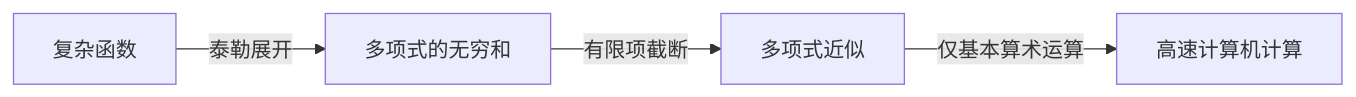
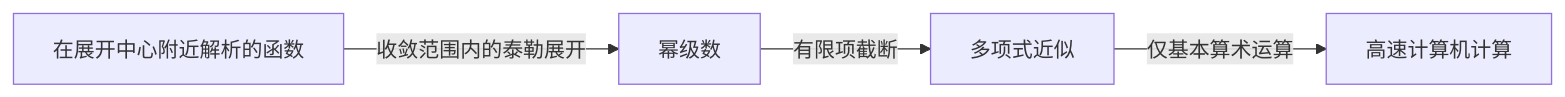
The diagram in content/post/taylor-and-maclaurin-series/index.zh-cn.md (kenjinote/blog), drawn with Mermaid before and after one commit. The commit also changed other lines of this file and 8 other files, not shown here.

````diff
--- a/content/post/taylor-and-maclaurin-series/index.zh-cn.md
+++ b/content/post/taylor-and-maclaurin-series/index.zh-cn.md
@@ -26,6 +27,6 @@
 ```mermaid
 flowchart LR
-    A["复杂函数"] -->|"泰勒展开"| B["多项式的无穷和"]
+    A["在展开中心附近解析的函数"] -->|"收敛范围内的泰勒展开"| B["幂级数"]
     B -->|"有限项截断"| C["多项式近似"]
     C -->|"仅基本算术运算"| D["高速计算机计算"]
 ```
````
